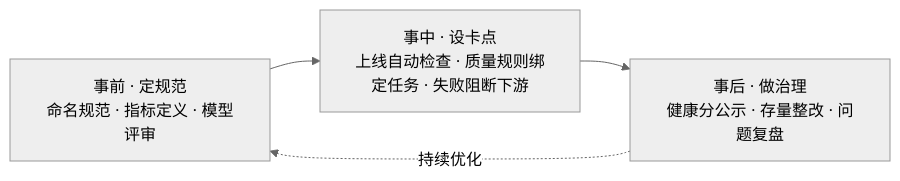
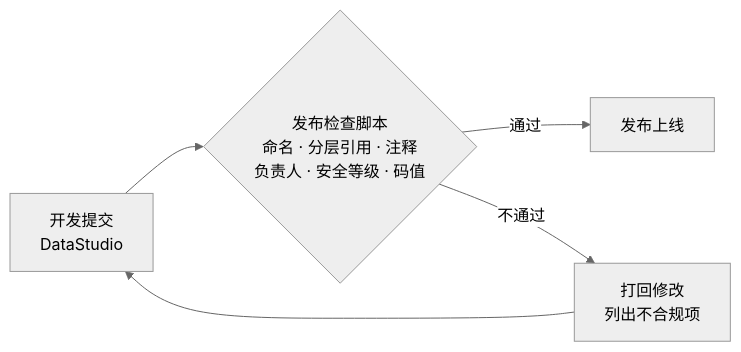
The third of 17 diagrams in AI＋数据平台建设汇报_正文.md (keanying/relevance), drawn with Mermaid (neutral theme) before and after one commit. The commit also changed other lines of this file and 1 other file, not shown here.

````diff
--- a/AI＋数据平台建设汇报_正文.md
+++ b/AI＋数据平台建设汇报_正文.md
@@ -144,6 +170,7 @@
 ```mermaid
 flowchart LR
-  A[事前 · 定规范<br/>命名规范 · 指标定义 · 模型评审] --> B[事中 · 设卡点<br/>上线自动检查 · 质量规则绑定任务 · 失败阻断下游]
-  B --> C[事后 · 做治理<br/>健康分公示 · 存量整改 · 问题复盘]
-  C -.持续优化.-> A
+  A[开发提交<br/>DataStudio] --> B{发布检查脚本<br/>命名 · 分层引用 · 注释<br/>负责人 · 安全等级 · 码值}
+  B -->|通过| C[发布上线]
+  B -->|不通过| D[打回修改<br/>列出不合规项]
+  D --> A
 ```
````
